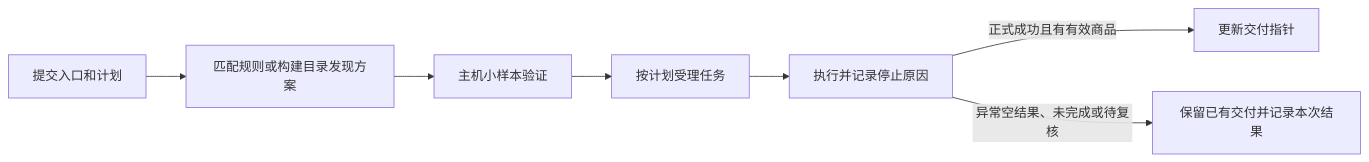
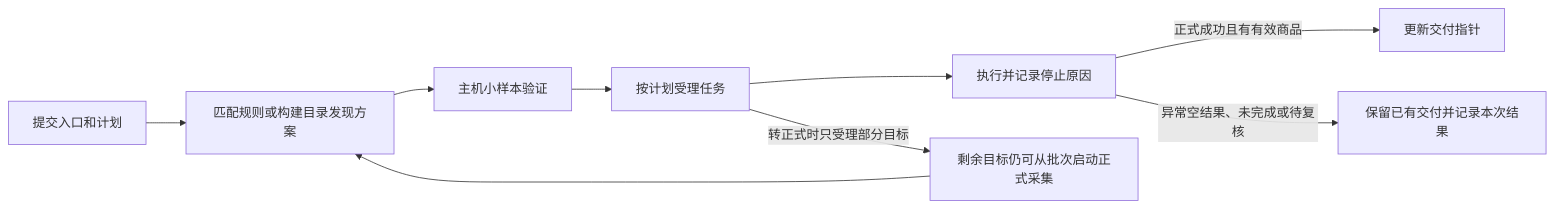
Before and after one commit to xuchaoxin1375/ai-ecom-crawler: the second of 10 diagrams in docs/45-批次采集与交付改进计划.md, drawn with Mermaid. The commit also changed other lines of this file and 60 other files, not shown here.

````diff
--- a/docs/45-批次采集与交付改进计划.md
+++ b/docs/45-批次采集与交付改进计划.md
@@ -72,9 +74,11 @@
 ```mermaid
 flowchart LR
     I["提交入口和计划"] --> R["匹配规则或构建目录发现方案"]
     R --> V["主机小样本验证"]
     V --> Q["按计划受理任务"]
     Q --> C["执行并记录停止原因"]
     C -->|"正式成功且有有效商品"| D["更新交付指针"]
     C -->|"异常空结果、未完成或待复核"| H["保留已有交付并记录本次结果"]
+    Q -->|"转正式时只受理部分目标"| P["剩余目标仍可从批次启动正式采集"]
+    P --> R
 ```
````
